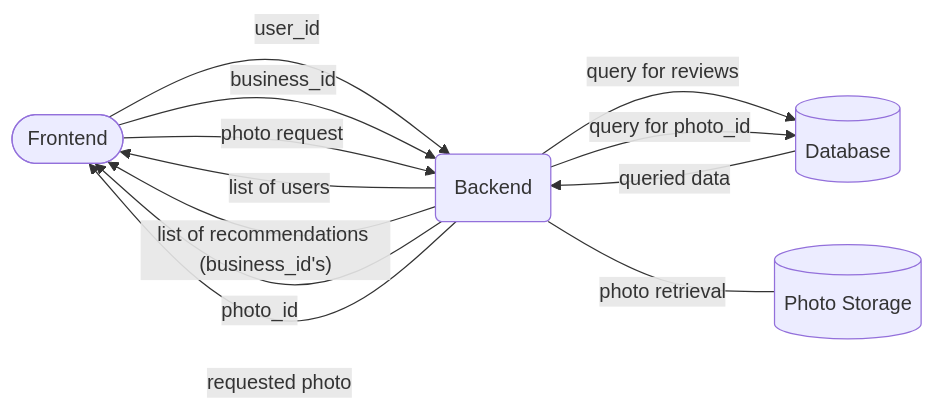
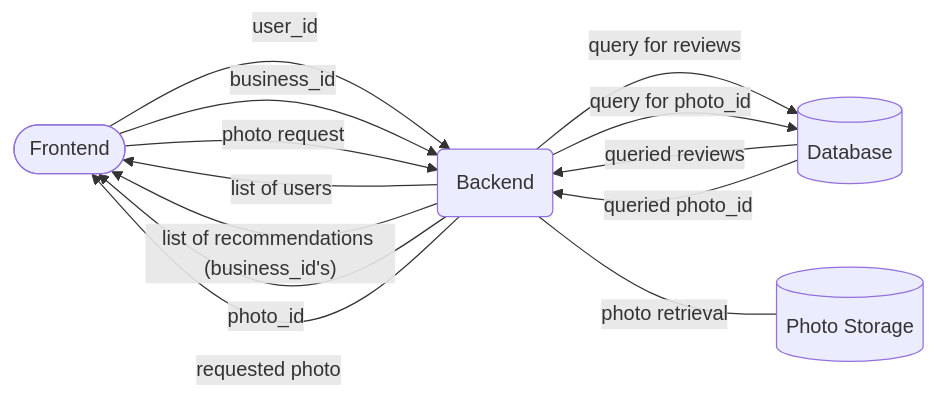
The diagram in arch_diag.mmd (BenjaminWang236/YelpPersonalizedRecommendationEngine), drawn with Mermaid before and after one commit.

Commit message:
System Architecture Diagram V1 generated

```diff
--- a/arch_diag.mmd
+++ b/arch_diag.mmd
@@ -1,12 +1,13 @@
 flowchart LR;
     F([Frontend])-->|user_id|B(Backend);
     B-->|list of users|F;
     B-->|"list of recommendations (business_id's)"|F;
     B-->|query for reviews|DB[(Database)];
-    DB-->|queried data|B;
+    DB-->|queried reviews|B;
     F-->|business_id|B;
     B-->|query for photo_id|DB;
+    DB-->|queried photo_id|B;
     B-->|photo_id|F;
     B---|photo retrieval|P[(Photo Storage)];
     F-->|photo request|B;
     B-->|requested photo|F;
```
